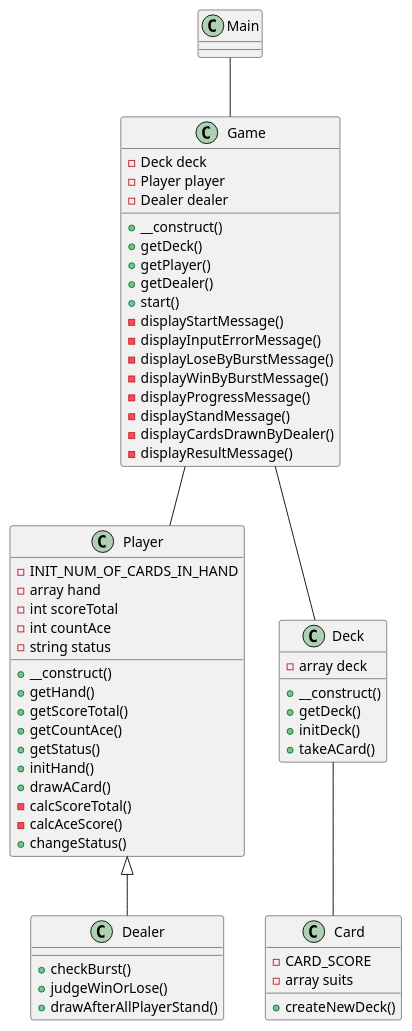
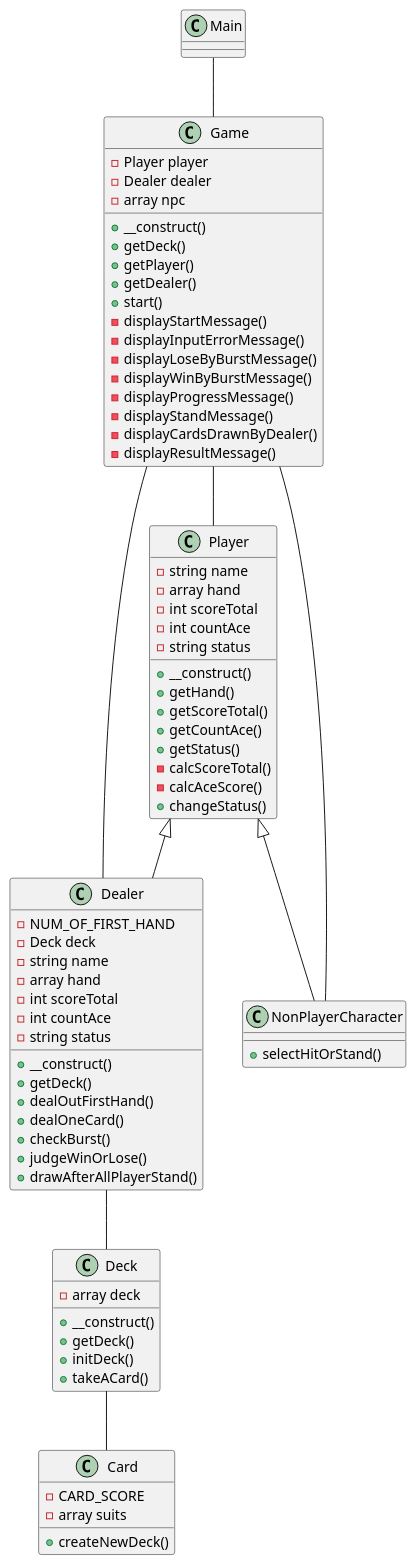
The diagram in src/docs/class.plantuml (ryamate/php-oop-cli-blackjack), drawn with PlantUML before and after one commit. The commit also changed 11 other files, not shown here.

```diff
--- a/src/docs/class.plantuml
+++ b/src/docs/class.plantuml
@@ -1,71 +1,87 @@
 @startuml Blackjack
 
 class Main {
 }
 
 class Game {
-  -Deck deck
   -Player player
   -Dealer dealer
+  -array npc
   +__construct()
   +getDeck()
   +getPlayer()
   +getDealer()
   +start()
   -displayStartMessage()
   -displayInputErrorMessage()
   -displayLoseByBurstMessage()
   -displayWinByBurstMessage()
   -displayProgressMessage()
   -displayStandMessage()
   -displayCardsDrawnByDealer()
   -displayResultMessage()
 
 }
 
 class Player {
-  -INIT_NUM_OF_CARDS_IN_HAND
+  -string name
   -array hand
   -int scoreTotal
   -int countAce
   -string status
   +__construct()
   +getHand()
   +getScoreTotal()
   +getCountAce()
   +getStatus()
-  +initHand()
-  +drawACard()
   -calcScoreTotal()
   -calcAceScore()
   +changeStatus()
 }
 
 class Dealer {
+  -NUM_OF_FIRST_HAND
+  -Deck deck
+  -string name
+  -array hand
+  -int scoreTotal
+  -int countAce
+  -string status
+  +__construct()
+  +getDeck()
+  +dealOutFirstHand()
+  +dealOneCard()
   +checkBurst()
   +judgeWinOrLose()
   +drawAfterAllPlayerStand()
+}
+
+class NonPlayerCharacter {
+  +selectHitOrStand()
 }
 
 class Deck {
   -array deck
   +__construct()
   +getDeck()
   +initDeck()
   +takeACard()
 }
 
 class Card {
   -CARD_SCORE
   -array suits
   +createNewDeck()
 }
 
 Main -- Game
-Game -- Deck
 Game -- Player
+Game -- NonPlayerCharacter
+Game -- Dealer
+Dealer -- Deck
 Deck -- Card
 
 Player <|-- Dealer
+Player <|-- NonPlayerCharacter
 
 @enduml
```
